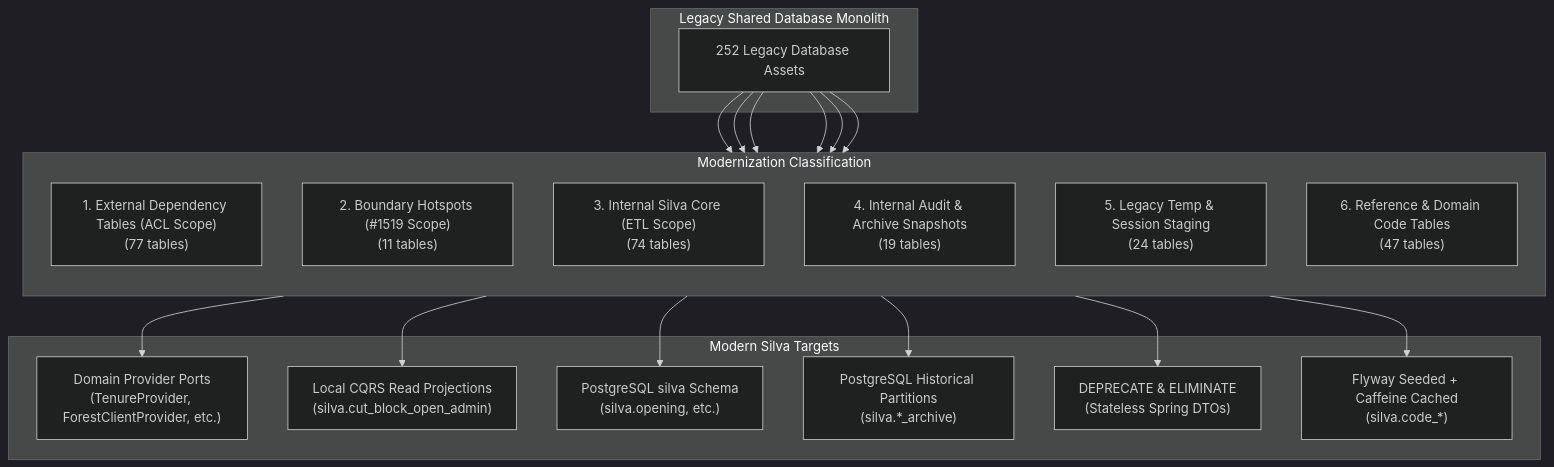
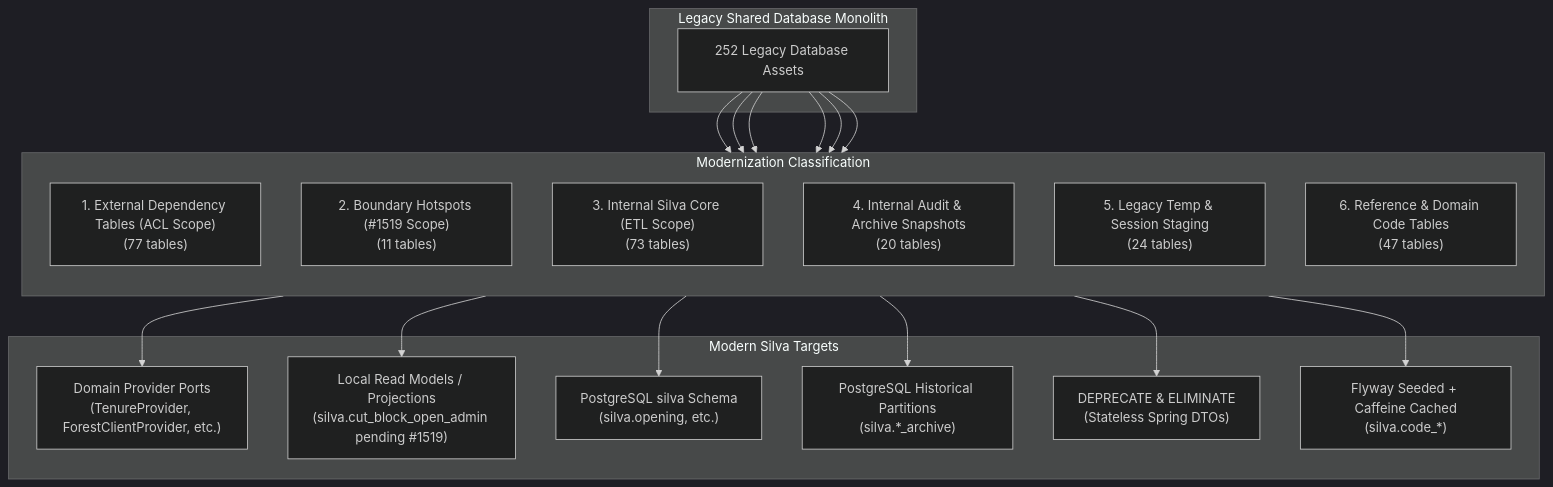
One commit to bcgov/nr-silva changed the first of 2 diagrams in docs/architecture/data-integration-matrix.md. Above: the diagram before and after it, drawn with Mermaid (dark theme). The commit also changed other lines of this file, not shown here.

````diff
--- a/docs/architecture/data-integration-matrix.md
+++ b/docs/architecture/data-integration-matrix.md
@@ -22,32 +22,32 @@
 ```mermaid
 flowchart TD
     subgraph Monolith ["Legacy Shared Database Monolith"]
         Tables["252 Legacy Database Assets"]
     end
 
     subgraph Scopes ["Modernization Classification"]
         direction TB
         ACL["1. External Dependency Tables (ACL Scope)<br/>(77 tables)"]
         Boundary["2. Boundary Hotspots (#1519 Scope)<br/>(11 tables)"]
-        Core["3. Internal Silva Core (ETL Scope)<br/>(74 tables)"]
-        Archive["4. Internal Audit & Archive Snapshots<br/>(19 tables)"]
+        Core["3. Internal Silva Core (ETL Scope)<br/>(73 tables)"]
+        Archive["4. Internal Audit & Archive Snapshots<br/>(20 tables)"]
         Temp["5. Legacy Temp & Session Staging<br/>(24 tables)"]
         Codes["6. Reference & Domain Code Tables<br/>(47 tables)"]
     end
 
     subgraph Targets ["Modern Silva Targets"]
         Ports["Domain Provider Ports<br/>(TenureProvider, ForestClientProvider, etc.)"]
-        CQRS["Local CQRS Read Projections<br/>(silva.cut_block_open_admin)"]
+        CQRS["Local Read Models / Projections<br/>(silva.cut_block_open_admin pending #1519)"]
         PostgresCore["PostgreSQL silva Schema<br/>(silva.opening, etc.)"]
         ColdStorage["PostgreSQL Historical Partitions<br/>(silva.*_archive)"]
         Deprecate["DEPRECATE & ELIMINATE<br/>(Stateless Spring DTOs)"]
         Flyway["Flyway Seeded + Caffeine Cached<br/>(silva.code_*)"]
     end
 
     Tables --> ACL --> Ports
     Tables --> Boundary --> CQRS
     Tables --> Core --> PostgresCore
     Tables --> Archive --> ColdStorage
     Tables --> Temp --> Deprecate
     Tables --> Codes --> Flyway
 ```
````
